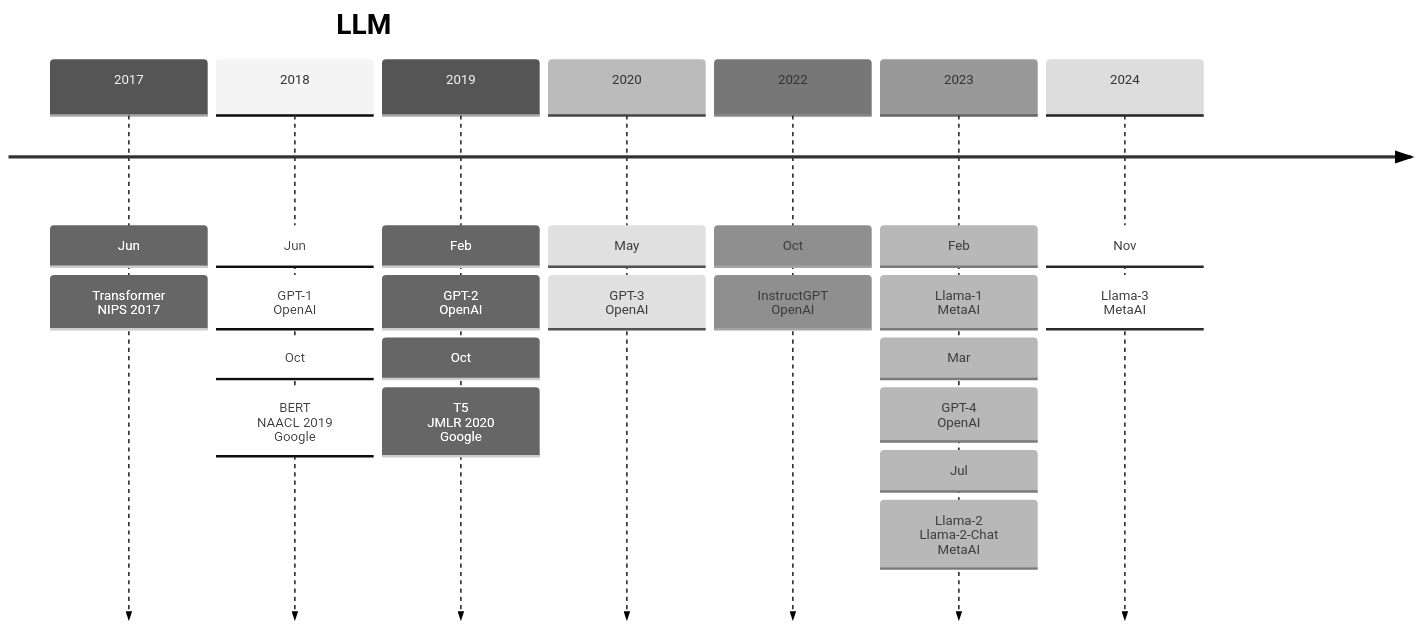
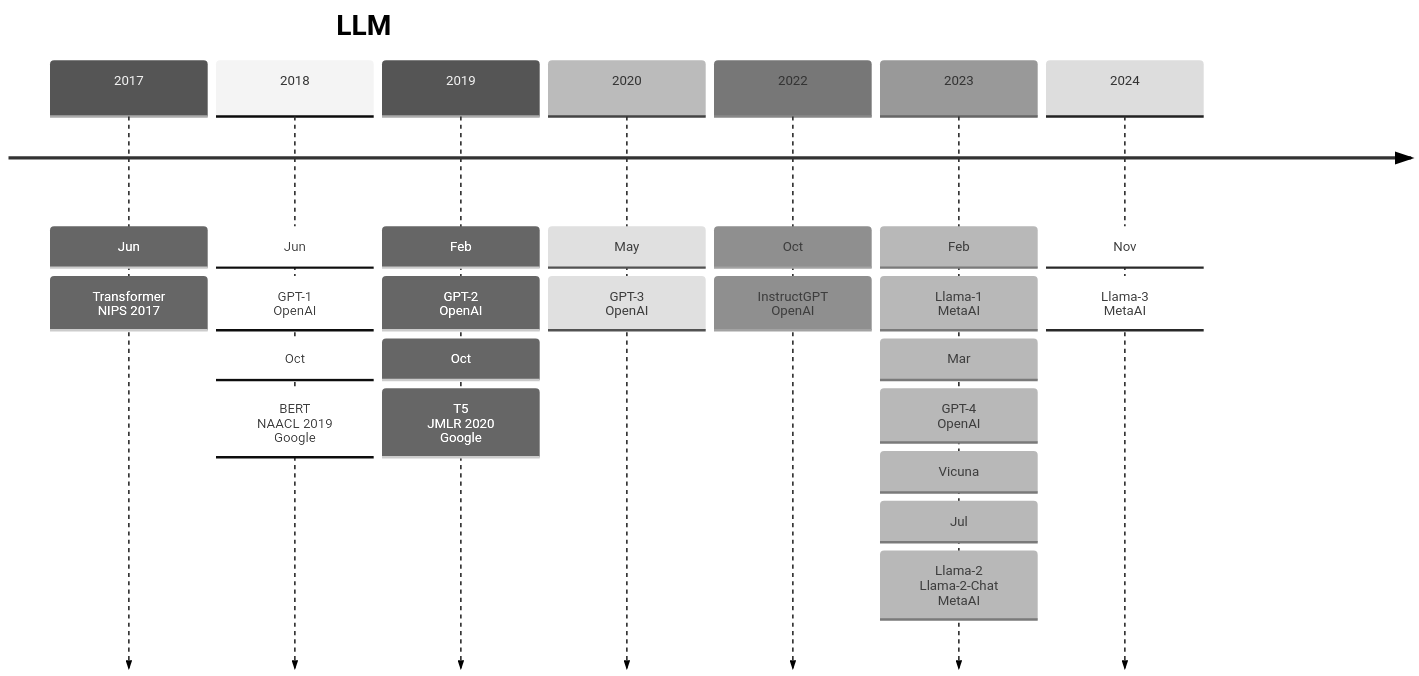
One commit to Elephant-King9/Paper changed the first of 4 diagrams in Base_Model/LLM/analyse.md. Above: the diagram before and after it, drawn with Mermaid (neutral theme). The commit also changed other lines of this file and 6 other files, not shown here.

````diff
--- a/Base_Model/LLM/analyse.md
+++ b/Base_Model/LLM/analyse.md
@@ -5,26 +5,27 @@
 ```mermaid
 timeline
     title LLM
     2017 : Jun
     		 : Transformer<br>NIPS 2017
     2018 : Jun
     		 : GPT-1<br>OpenAI
     		 : Oct
     		 : BERT<br>NAACL 2019<br>Google
     2019 : Feb
     		 : GPT-2<br>OpenAI
     		 : Oct
     		 : T5<br>JMLR 2020<br>Google
     2020 : May
     		 : GPT-3<br>OpenAI
     2022 : Oct
     		 : InstructGPT<br>OpenAI
     2023 : Feb
     		 : Llama-1<br>MetaAI
     		 : Mar
     		 : GPT-4<br>OpenAI
+    		 : Vicuna
     		 : Jul
     		 : Llama-2<br>Llama-2-Chat<br>MetaAI
     2024 : Nov
     		 : Llama-3<br>MetaAI
 ```
````
